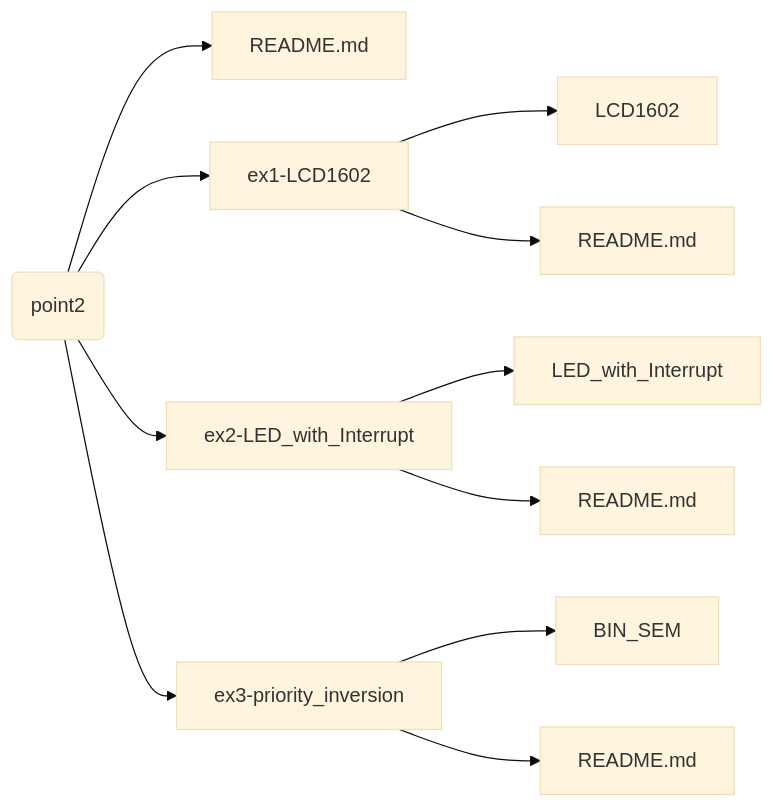
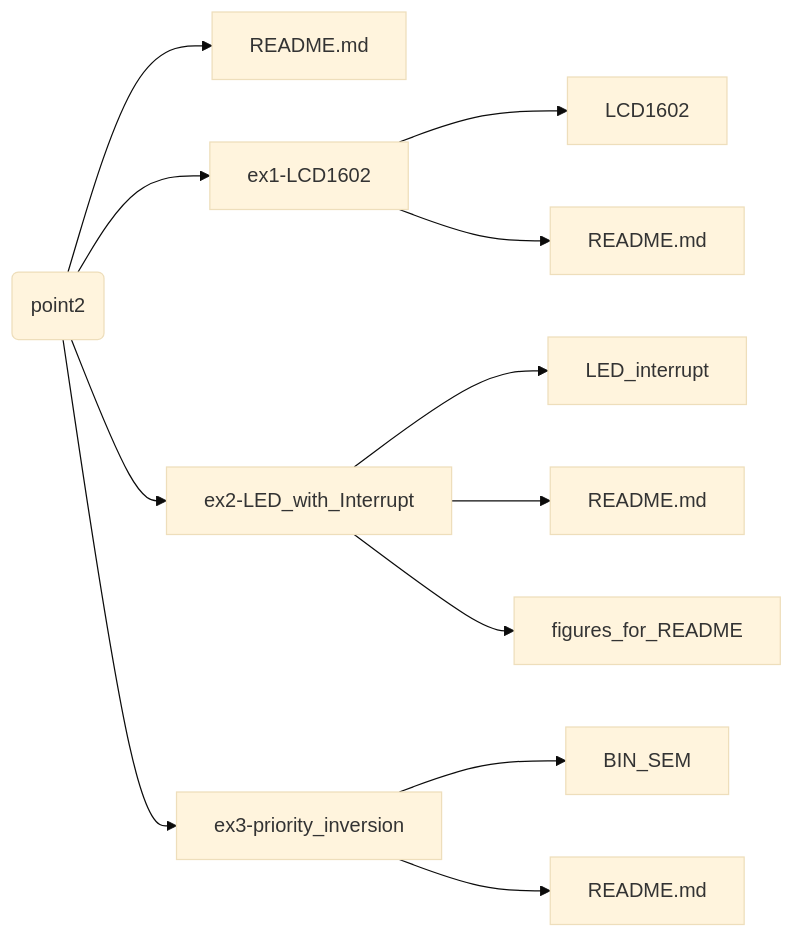
Before and after one commit to smokyisthatyou/STM32Nucleo64: the third of 4 diagrams in README.md, drawn with Mermaid. The commit also changed other lines of this file, not shown here.

Commit message:
Update graph for branch point3_and_4

````diff
--- a/README.md
+++ b/README.md
@@ -60,24 +60,31 @@
 ```mermaid
 %%{init: {'theme':'base'}}%%
 graph LR;
 A[README.md];
 B[README.md];
 C[README.md];
 D[README.md];
 p2(point2)
 p2-->A;
 p2-->ex1-LCD1602;
 p2-->ex2-LED_with_Interrupt;
 p2-->ex3-priority_inversion;
 ex1-LCD1602-->LCD1602;
 ex1-LCD1602-->D;
-ex2-LED_with_Interrupt-->LED_with_Interrupt;
+ex2-LED_with_Interrupt-->LED_interrupt;
 ex2-LED_with_Interrupt-->B;
+ex2-LED_with_Interrupt-->figures_for_README;
 ex3-priority_inversion-->BIN_SEM;
 ex3-priority_inversion-->C;
 
 click p2 href "https://baltig.polito.it/caos2023/group2/-/tree/point2" "Link to point2";
+click README.md href "https://baltig.polito.it/caos2023/group2/-/blob/point2/README.md" "Link to README.md";
+click ex2-LED_with_Interrupt href "https://baltig.polito.it/caos2023/group2/-/tree/point2/ex2-LED_with_Interrupt" "Link to ex2-LED_with_Interrupt";
+click LED_interrupt href "https://baltig.polito.it/caos2023/group2/-/tree/point2/ex2-LED_with_Interrupt/LED_interrupt" "Link to LED_interrupt";
+click B href "https://baltig.polito.it/caos2023/group2/-/tree/point2/ex2-LED_with_Interrupt/README.md" "Link to README.md";
+click figures_for_README href "https://baltig.polito.it/caos2023/group2/-/tree/point2/ex2-LED_with_Interrupt/figures_for_README" "Link to figures_for_README";
 
-click README.md href "https://baltig.polito.it/caos2023/group2/-/blob/point2/README.md" "Link to README.md";
+
+
 
 ```
````
